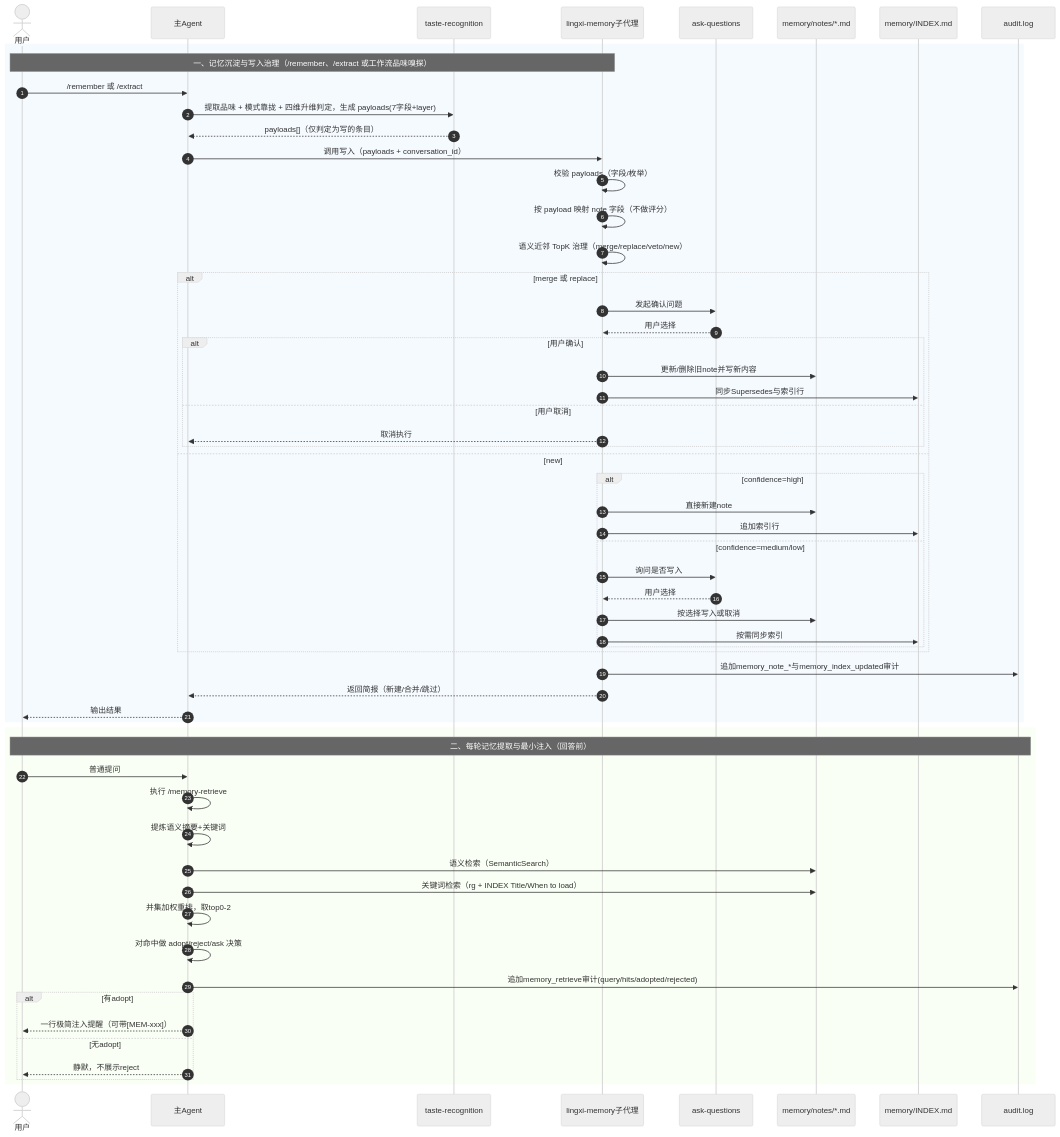
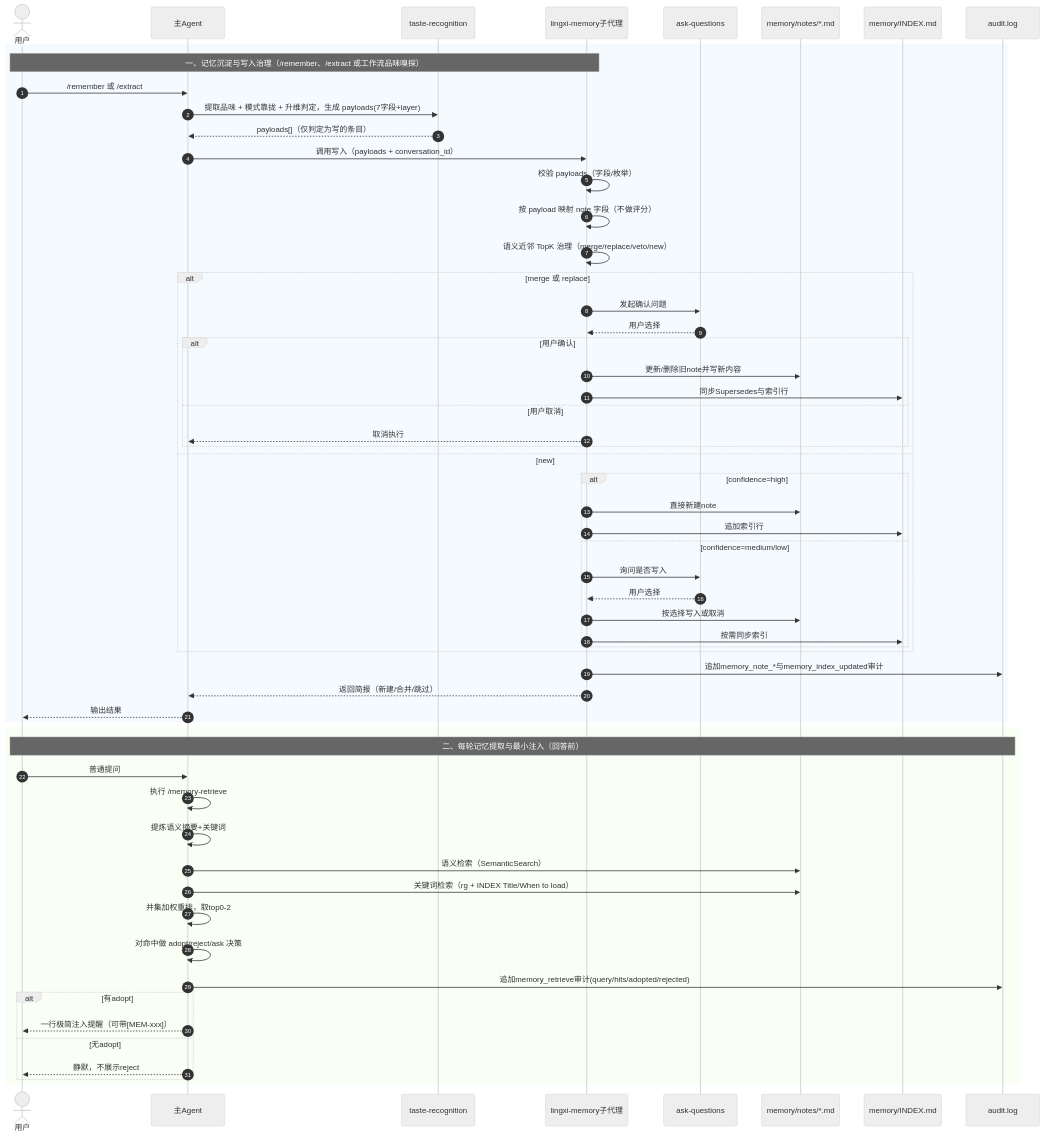
Before and after one commit to tower1229/lingxi-site: the diagram in guide/memory-system.md, drawn with Mermaid (neutral theme). The commit also changed other lines of this file and 9 other files, not shown here.

````diff
--- a/guide/memory-system.md
+++ b/guide/memory-system.md
@@ -139,63 +140,63 @@
 ```mermaid
 sequenceDiagram
     autonumber
     actor U as 用户
     participant A as 主Agent
     participant TR as taste-recognition
     participant LM as lingxi-memory子代理
     participant AQ as ask-questions
     participant N as memory/notes/*.md
     participant I as memory/INDEX.md
     participant AU as audit.log
 
     rect rgb(245, 250, 255)
     Note over U,LM: 一、记忆沉淀与写入治理（/remember、/extract 或工作流品味嗅探）
     U->>A: /remember 或 /extract
-    A->>TR: 提取品味 + 模式靠拢 + 四维升维判定，生成 payloads(7字段+layer)
+    A->>TR: 提取品味 + 模式靠拢 + 升维判定，生成 payloads(7字段+layer)
     TR-->>A: payloads[]（仅判定为写的条目）
     A->>LM: 调用写入（payloads + conversation_id）
     LM->>LM: 校验 payloads（字段/枚举）
     LM->>LM: 按 payload 映射 note 字段（不做评分）
     LM->>LM: 语义近邻 TopK 治理（merge/replace/veto/new）
     alt merge 或 replace
             LM->>AQ: 发起确认问题
             AQ-->>LM: 用户选择
             alt 用户确认
                 LM->>N: 更新/删除旧note并写新内容
                 LM->>I: 同步Supersedes与索引行
             else 用户取消
                 LM-->>A: 取消执行
             end
         else new
             alt confidence=high
                 LM->>N: 直接新建note
                 LM->>I: 追加索引行
             else confidence=medium/low
                 LM->>AQ: 询问是否写入
                 AQ-->>LM: 用户选择
                 LM->>N: 按选择写入或取消
                 LM->>I: 按需同步索引
             end
         end
         LM->>AU: 追加memory_note_*与memory_index_updated审计
     LM-->>A: 返回简报（新建/合并/跳过）
     A-->>U: 输出结果
     end
 
     rect rgb(250, 255, 245)
     Note over U,AU: 二、每轮记忆提取与最小注入（回答前）
     U->>A: 普通提问
     A->>A: 执行 /memory-retrieve
     A->>A: 提炼语义摘要+关键词
     A->>N: 语义检索（SemanticSearch）
     A->>N: 关键词检索（rg + INDEX Title/When to load）
     A->>A: 并集加权重排，取top0-2
     A->>A: 对命中做 adopt/reject/ask 决策
     A->>AU: 追加memory_retrieve审计(query/hits/adopted/rejected)
     alt 有adopt
         A-->>U: 一行极简注入提醒（可带[MEM-xxx]）
     else 无adopt
         A-->>U: 静默，不展示reject
     end
     end
 ```
````
